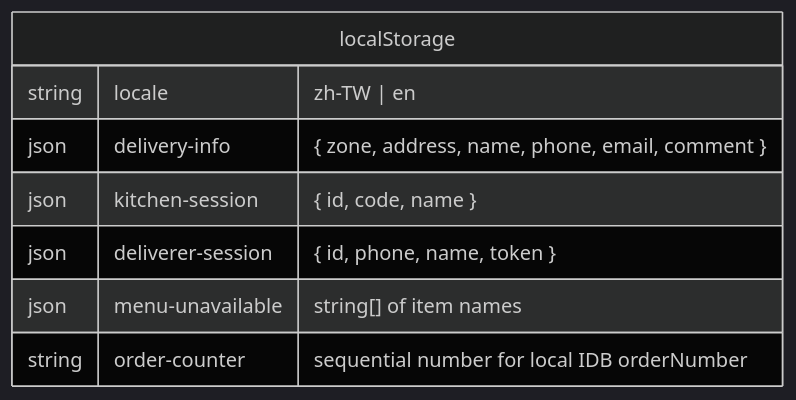
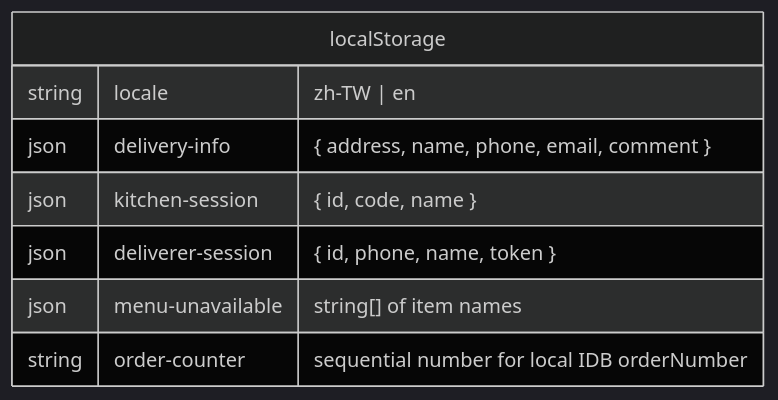
Before and after one commit to HKPooPoo/My_CLI_Re: the third of 4 diagrams in frontend/pages/restaurant/ERD.md, drawn with Mermaid (dark theme). The commit also changed other lines of this file, not shown here.

First line of the commit message:
Update ERD: add Google Maps, Stripe, distance-based fees, new routes

````diff
--- a/frontend/pages/restaurant/ERD.md
+++ b/frontend/pages/restaurant/ERD.md
@@ -177,11 +177,11 @@
 ```mermaid
 erDiagram
     localStorage {
         string locale "zh-TW | en"
-        json delivery-info "{ zone, address, name, phone, email, comment }"
+        json delivery-info "{ address, name, phone, email, comment }"
         json kitchen-session "{ id, code, name }"
         json deliverer-session "{ id, phone, name, token }"
         json menu-unavailable "string[] of item names"
         string order-counter "sequential number for local IDB orderNumber"
     }
 ```
````
